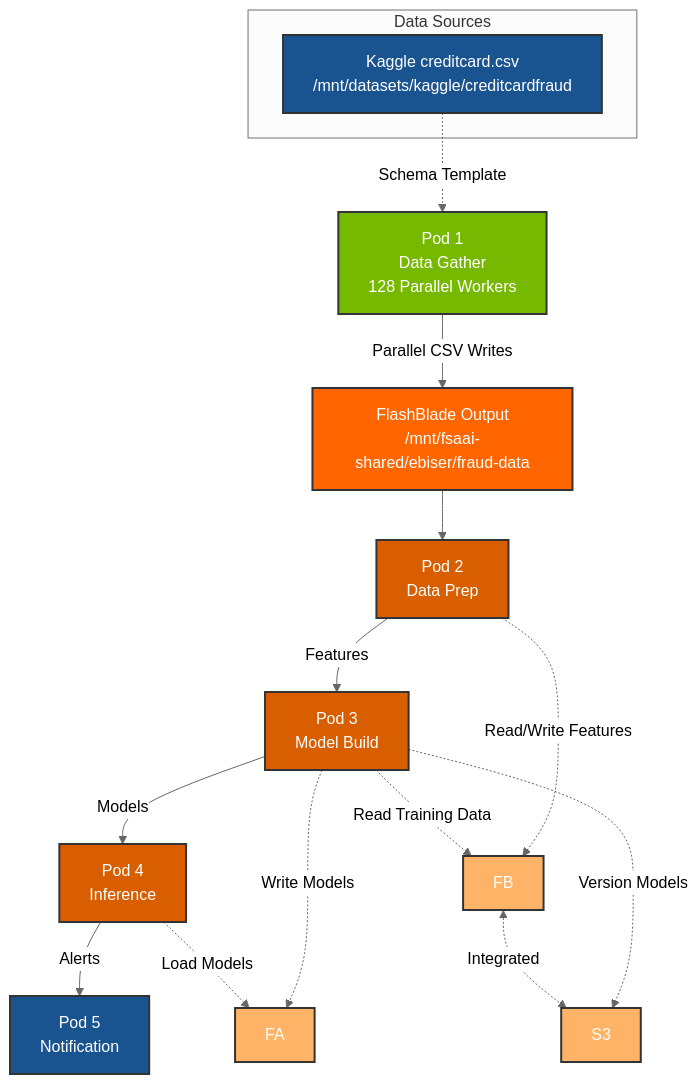
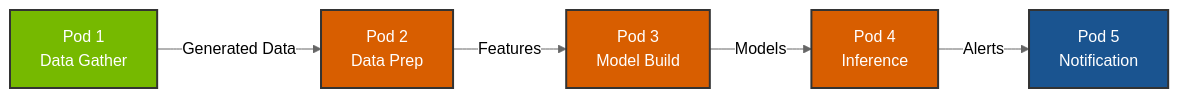
One commit to PureStorage-OpenConnect/fraud-detection-demo changed the diagram in README.md. Above: the diagram before and after it, drawn with Mermaid (neutral theme). The commit also changed other lines of this file, not shown here.

````diff
--- a/README.md
+++ b/README.md
@@ -21,32 +16,13 @@
 ```mermaid
-graph TB
-    subgraph "Data Sources"
-        KAGGLE[Kaggle creditcard.csv<br/>/mnt/datasets/kaggle/creditcardfraud]
-    end
-    
-    A[Pod 1<br/>Data Gather<br/>128 Parallel Workers] -->|Parallel CSV Writes| FB_OUT
-    KAGGLE -.->|Schema Template| A
-    
-    FB_OUT[FlashBlade Output<br/>/mnt/fsaai-shared/ebiser/fraud-data] --> C[Pod 2<br/>Data Prep]
-    C -->|Features| D[Pod 3<br/>Model Build]
-    D -->|Models| E[Pod 4<br/>Inference]
-    E -->|Alerts| F[Pod 5<br/>Notification]
-    
-    C -.->|Read/Write Features| FB
-    D -.->|Read Training Data| FB
-    D -.->|Write Models| FA
-    D -.->|Version Models| S3
-    E -.->|Load Models| FA
-    FB <-.->|Integrated| S3
+graph LR
+    A[Pod 1<br/>Data Gather] -->|Generated Data| B[Pod 2<br/>Data Prep]
+    B -->|Features| C[Pod 3<br/>Model Build]
+    C -->|Models| D[Pod 4<br/>Inference]
+    D -->|Alerts| E[Pod 5<br/>Notification]
     
     style A fill:#76B900,stroke:#333,stroke-width:2px,color:#fff
-    style KAGGLE fill:#1a5490,stroke:#333,stroke-width:2px,color:#fff
-    style FB_OUT fill:#FF6600,stroke:#333,stroke-width:2px,color:#fff
+    style B fill:#d85e00,stroke:#333,stroke-width:2px,color:#fff
     style C fill:#d85e00,stroke:#333,stroke-width:2px,color:#fff
     style D fill:#d85e00,stroke:#333,stroke-width:2px,color:#fff
-    style E fill:#d85e00,stroke:#333,stroke-width:2px,color:#fff
-    style F fill:#1a5490,stroke:#333,stroke-width:2px,color:#fff
-    style FA fill:#ffb366,stroke:#333,stroke-width:2px,color:#fff
-    style FB fill:#ffb366,stroke:#333,stroke-width:2px,color:#fff
-    style S3 fill:#ffb366,stroke:#333,stroke-width:2px,color:#fff
+    style E fill:#1a5490,stroke:#333,stroke-width:2px,color:#fff
 ```
````
